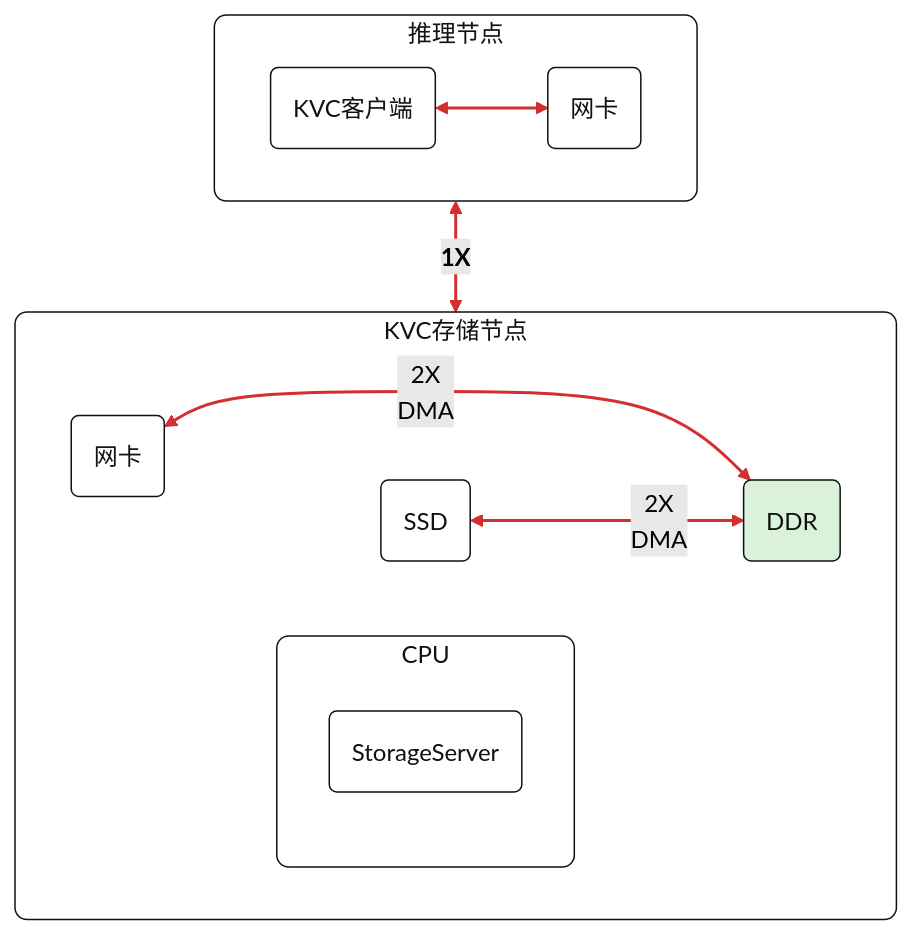
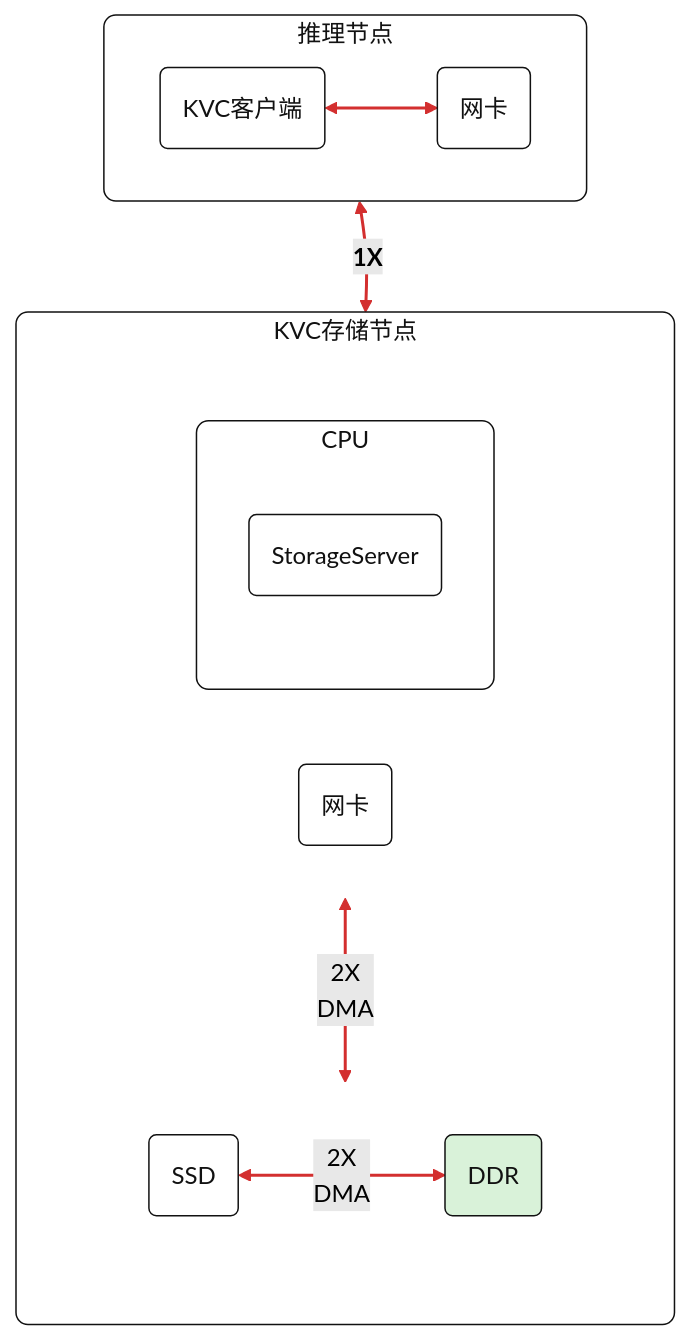
One commit to kunpengcompute/spdk changed the diagram in doc/l0_enablement.md. Above: the diagram before and after it, drawn with Mermaid (forest theme).

Commit message:
doc: adjust L0 comparison diagram layout

````diff
--- a/doc/l0_enablement.md
+++ b/doc/l0_enablement.md
@@ -19,39 +19,50 @@
 ```mermaid
 flowchart TB
     subgraph inference_node["推理节点"]
         direction LR
         kvc_client("KVC客户端") <--> infer_nic("网卡")
     end
 
     subgraph storage_node["KVC存储节点"]
-        direction LR
+        direction TB
 
-        subgraph cpu_box["CPU"]
-            direction TB
-            storage_server("StorageServer")
+        subgraph storage_top[" "]
+            direction LR
+
+            subgraph cpu_box["CPU"]
+                direction TB
+                storage_server("StorageServer")
+            end
+
+            storage_nic("网卡")
         end
 
-        ddr_box("DDR")
-        storage_nic("网卡")
-        ssd_box("SSD")
+        subgraph storage_bottom[" "]
+            direction LR
+            ddr_box("DDR")
+            ssd_box("SSD")
+        end
 
-        cpu_box ~~~ ddr_box
+        storage_server ~~~ ddr_box
         storage_nic ~~~ ssd_box
         storage_nic <-->|"2X<br/>DMA"| ddr_box
         ssd_box <-->|"2X<br/>DMA"| ddr_box
     end
 
+    kvc_client ~~~ storage_server
     infer_nic <-->|"<b>1X</b>"| storage_nic
 
     classDef defaultBox fill:#ffffff,stroke:#111111,stroke-width:1px,color:#111111;
     classDef ddrBox fill:#d9f2d9,stroke:#111111,stroke-width:1px,color:#111111;
     class kvc_client,infer_nic,storage_nic,ssd_box,storage_server defaultBox;
     class ddr_box ddrBox;
     style inference_node fill:#ffffff,stroke:#111111,stroke-width:1px,color:#111111,rx:8px,ry:8px;
     style storage_node fill:#ffffff,stroke:#111111,stroke-width:1px,color:#111111,rx:8px,ry:8px;
+    style storage_top fill:transparent,stroke:transparent,color:transparent;
+    style storage_bottom fill:transparent,stroke:transparent,color:transparent;
     style cpu_box fill:#ffffff,stroke:#111111,stroke-width:1px,color:#111111,rx:8px,ry:8px;
     linkStyle 0 stroke:#d32f2f,stroke-width:2px;
     linkStyle 3 stroke:#d32f2f,stroke-width:2px;
     linkStyle 4 stroke:#d32f2f,stroke-width:2px;
-    linkStyle 5 stroke:#d32f2f,stroke-width:2px;
+    linkStyle 6 stroke:#d32f2f,stroke-width:2px;
 ```
````
